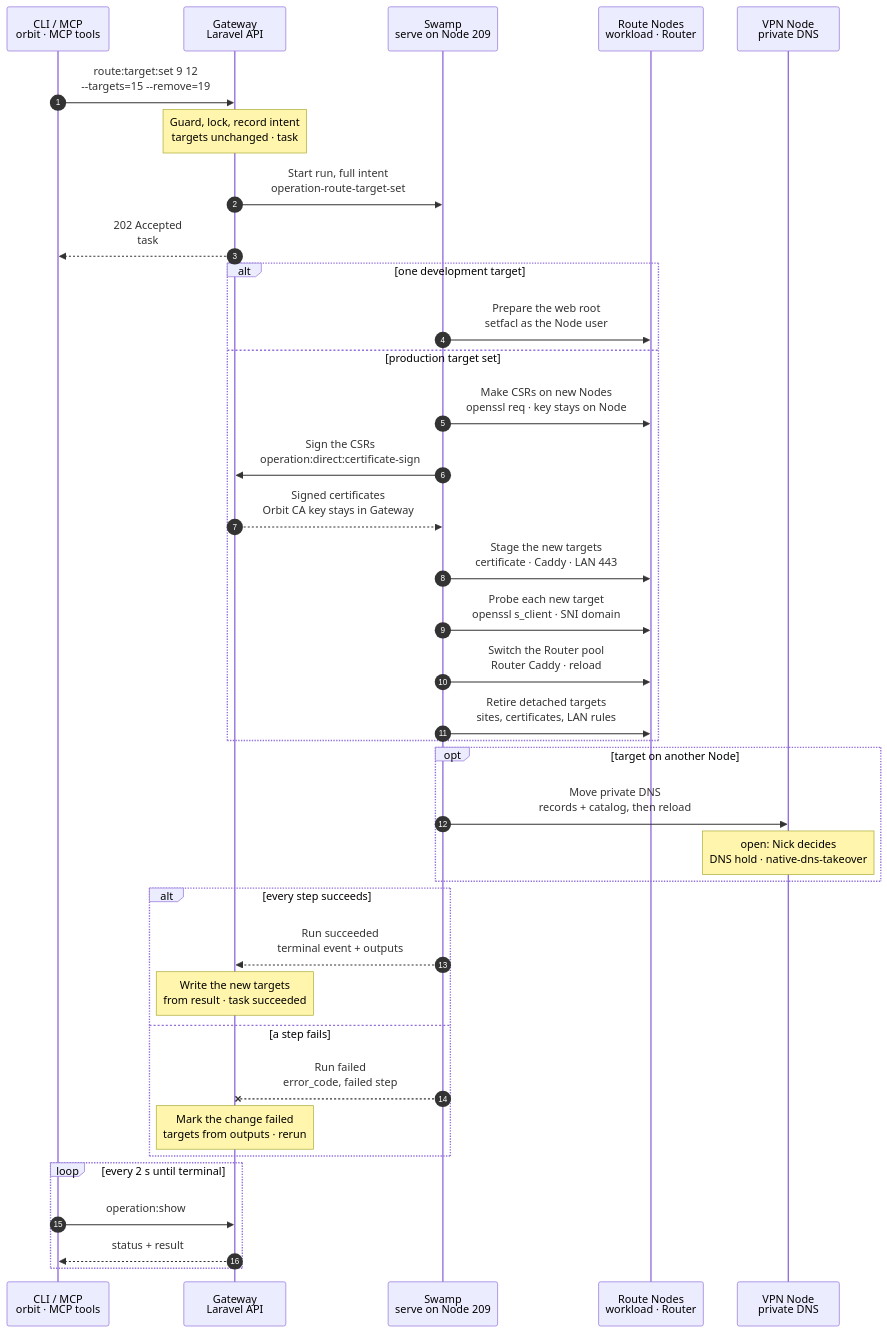
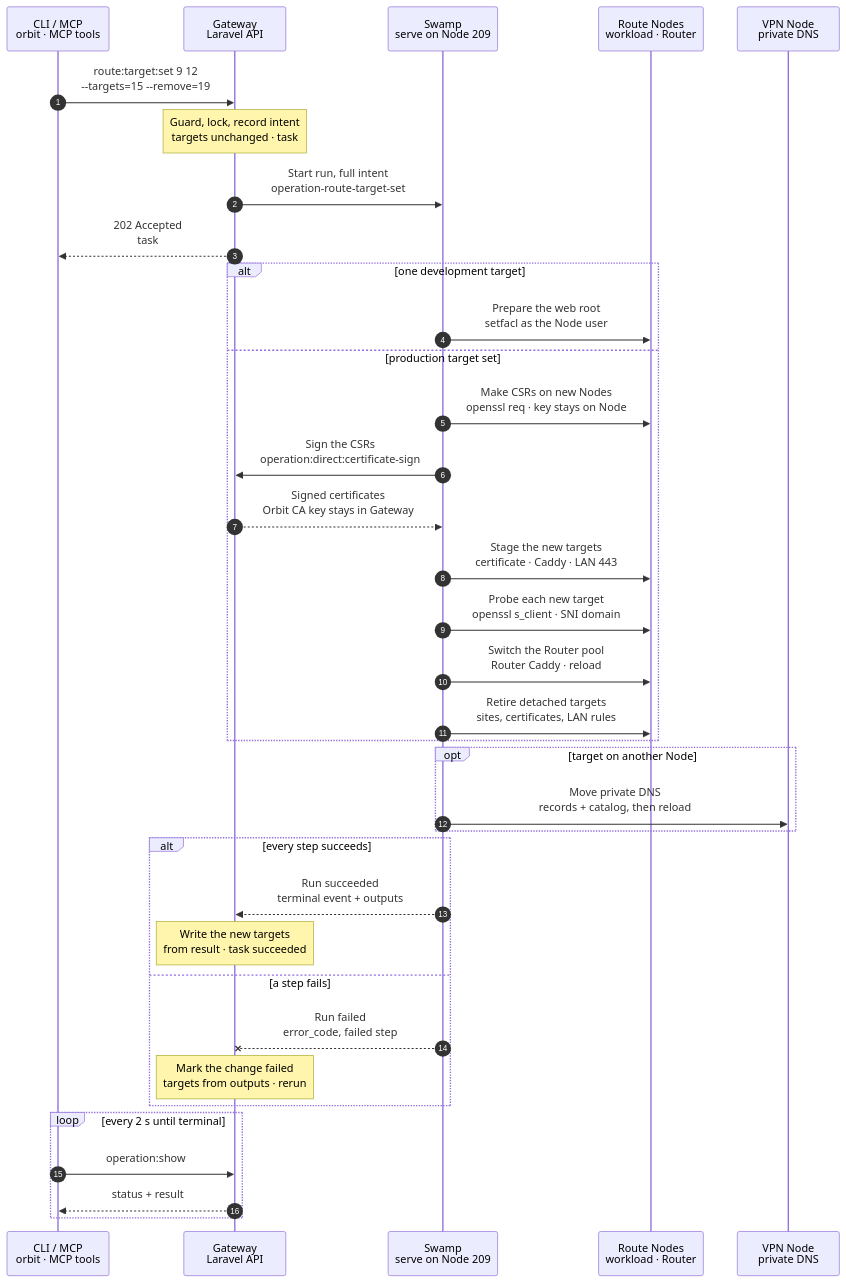
The diagram in docs/flows/route.target_set.mmd (hardimpactdev/orbit), drawn with Mermaid before and after one commit.

Commit message:
docs(flows): route.target_set

```diff
--- a/docs/flows/route.target_set.mmd
+++ b/docs/flows/route.target_set.mmd
@@ -1,138 +1,134 @@
 sequenceDiagram
-  %% Target design: ADR 0244 task, DECISIONS R1-R4 + 2 (DNS hold) + round 2 (target_set single path, R2), Gateway signs CSRs (root-of-trust), single-swamp-node. docs/cli/route.mdx, docs/reference/routes.md (Create and change targets, Change a production target set).
+  %% Target design: ADR 0244 task, DECISIONS R1-R4 + round 2 (target_set single path, R2), Gateway signs CSRs (root-of-trust), single-swamp-node. docs/cli/route.mdx, docs/reference/routes.md (Create and change targets, Change a production target set).
   %% status: draft
   %% command: route:target:set
   autonumber
   %% lane CLI icon=terminal pill=caller tone=gray
   %% lane GW icon=gateway pill=intent tone=blue
   %% lane SW icon=workflow pill=executes tone=green
   %% lane N icon=server pill=target tone=amber
   %% lane V icon=server pill=target tone=purple
   participant CLI as CLI / MCP<br/>orbit · MCP tools
   participant GW as Gateway<br/>Laravel API
   participant SW as Swamp<br/>serve on Node 209
   participant N as Route Nodes<br/>workload · Router
   participant V as VPN Node<br/>private DNS
   CLI->>GW: route:target:set 9 12<br/>--targets=15 --remove=19
   %%> Command:
   %%> - `orbit route:target:set 9 12 --targets=15 --reassign=18:4 --remove=19`
   %%> - syntax: `<route> <target> [--targets=ID]... [--reassign=ID:ROUTE]... [--remove=ID]...`
   %%> Input:
   %%> - Route 9 and Instance 12
   %%> - without options: one target
   %%> - with options: the complete ordered production target set, here Instances 12 and 15
   %%> - each detached Instance needs a disposition: `--reassign=18:4` moves Instance 18 to Route 4, `--remove=19` allows removing Instance 19
   Note over GW: Guard, lock, record intent<br/>targets unchanged · task #5140
   %%> Requirements:
   %%> - your Node has an access grant to every target's Node
   %%> - every target is an active Instance of Route 9's Project (`route.target_app_conflict`, `route.target_inactive`)
   %%> - no active Instance loses its only Route (`route.target_conflict`)
   %%> - a single target never takes an Instance from another Route
   %%> - a target set: an explicit Cluster-scoped Route; each target a production Instance on its own active `app-prod` Node in that Cluster
   %%> Locks:
   %%> - the projection lock and the environment owner of every Instance named
   %%> - a busy lock is waited for up to 30 s, then `app-dev.projection_busy`
   %%> Result:
   %%> - task #5140 recorded with the full intent, including the old targets for recovery
   %%> - Route 9's targets stay as they are until the result
   GW->>SW: Start run, full intent<br/>operation-route-target-set
   %%> What it does:
   %%> - starts one Swamp run on serve (Node 209)
   %%> Inputs:
   %%> - the old and new targets, and each detached Instance's disposition
   %%> - the rendered Caddy blocks before and after, certificate leaves, LAN tuples and probes, per Node
   %%> - production `.env` material only as vault key names in `orbit-control-inputs` (R3)
   %%> - each Node's address and SSH host keys; the SSH identity comes from the `swamp` role
   GW-->>CLI: 202 Accepted<br/>task #5140
   %%> What you get:
   %%> - the task number, at once
   %%> Next:
   %%> - the CLI follows the task with `operation:show`
   alt one development target
     SW->>N: Prepare the web root<br/>setfacl as the Node user
     %%> What it does:
     %%> - denies Caddy the rest of Instance 12's checkout and its Git directory
     %%> - grants Caddy read access to the web root, and passage through the directories above it
     %%> When:
     %%> - Route 9 is not `active`; changing the target of an active Route is refused at admission
     %%> Retry:
     %%> - setting the same target again walks the checkout again and repairs the access
   else production target set
     SW->>N: Make CSRs on new Nodes<br/>openssl req · key stays on Node
     %%> How:
     %%> - Swamp reaches each new target's Node over `@swamp/ssh` from 209
     %%> What it does:
     %%> - makes a key and a certificate request for the Route domain under a temporary scope
     %%> - returns only the public CSRs
     SW->>GW: Sign the CSRs<br/>operation:direct:certificate-sign
     %%> What it does:
     %%> - sends the CSRs with task #5140 and the run id
     %%> Why:
     %%> - the Orbit CA key stays in the Gateway; signing is the one step that calls the Gateway
     GW-->>SW: Signed certificates<br/>Orbit CA key stays in Gateway
     %%> Returns:
     %%> - one public certificate bundle per leaf
     SW->>N: Stage the new targets<br/>certificate · Caddy · LAN 443
     %%> What it does:
     %%> - installs each certificate, adds the workload site, and allows the Router on LAN port 443
     %%> - validates each Caddyfile, then reloads Caddy; never a restart (rule 7)
     %%> - writes the production `.env` of each new target against Route 9
     SW->>N: Probe each new target<br/>openssl s_client · SNI domain
     %%> What it does:
     %%> - connects from 209 to each new workload on port 443, with the Route domain as SNI
     %%> Why:
     %%> - the Router only sends traffic to targets that serve
     SW->>N: Switch the Router pool<br/>Router Caddy · reload
     %%> What it does:
     %%> - sets the Router's upstream pool to Instances 12 and 15, in order
     %%> - validates, then reloads Caddy on the Router
     %%> Not included:
     %%> - DNS: the Route domain points at the Router, which does not change
     SW->>N: Retire detached targets<br/>sites, certificates, LAN rules
     %%> What it does:
     %%> - removes the old workload sites and temporary certificates no Route needs any more
     %%> - Instance 18's site follows it to Route 4
     %%> - removes Instance 19 with the shared Instance removal steps, because `--remove=19` allowed it
   end
   opt target on another Node
     SW->>V: Move private DNS<br/>records + catalog, then reload
     %%> When:
     %%> - a Node-scoped Route whose new target runs on another Node
     %%> What it does:
     %%> - points the Route domain at the new Node and checks a DNS reply
-    Note over V: open: Nick decides<br/>DNS hold · native-dns-takeover
-    %%> Open:
-    %%> - DNS publication is under the DNS hold; Nick decides (rule 9)
-    %%> - until then, the run skips this step and Route work stays same-Node work
   end
   alt every step succeeds
     SW-->>GW: Run succeeded<br/>terminal event + outputs
     %%> How the Gateway learns it:
     %%> - its shared run reader sees the terminal event; Swamp never calls the Gateway
     Note over GW: Write the new targets<br/>from result · task succeeded
     %%> Result:
     %%> - Route 9 targets Instances 12 and 15
     %%> - Instance 18 belongs to Route 4; Instance 19 is removed
     %%> - task #5140 succeeds, and the Gateway broadcasts `route.updated`
   else a step fails
     SW--xGW: Run failed<br/>error_code, failed step
     %%> The Gateway reads:
     %%> - which step failed, its error code, and whether the Router pool had switched
     Note over GW: Mark the change failed<br/>targets from outputs · rerun
     %%> Result before the Router switch:
     %%> - Route 9 keeps its old targets; staged sites serve no traffic, so they stay
     %%> Result after the Router switch:
     %%> - the new pool serves, so the Gateway records the new targets from the run's outputs
     %%> - a rerun finishes the retire steps
     %%> - task #5140 fails, with `failed_step` and `error_code` on Route 9
     %%> Retry:
     %%> - run the same command again after fixing the cause; it skips finished steps
   end
   loop every 2 s until terminal
     CLI->>GW: operation:show #5140
     %%> What it does:
     %%> - asks for the task's status every 2 seconds until it has ended
     GW-->>CLI: status + result
     %%> Returns:
     %%> - the current status, and the result once the task has ended
   end
```
